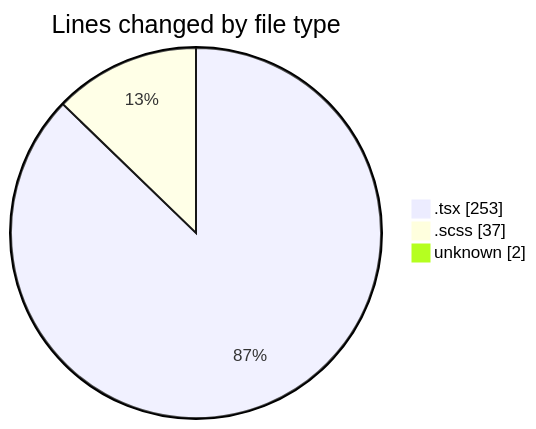
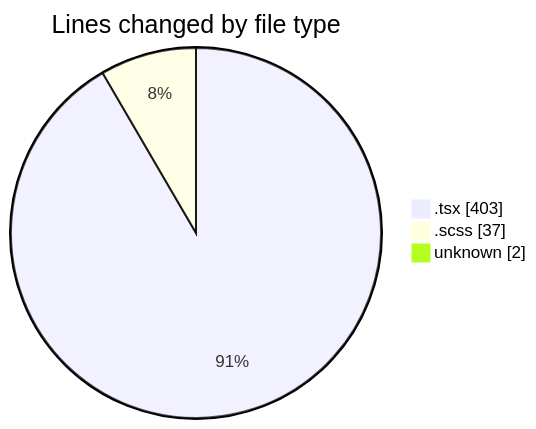
One commit to momahboobian/code-tracking changed the first of 2 diagrams in 2025-02-13/cda/README.md. Above: the diagram before and after it, drawn with Mermaid. The commit also changed other lines of this file and 1 other file, not shown here.

````diff
--- a/2025-02-13/cda/README.md
+++ b/2025-02-13/cda/README.md
@@ -27,7 +28,7 @@
 ```mermaid
 pie showData
 title Lines changed by file type
-".tsx" : 253
+".tsx" : 403
 ".scss" : 37
 "unknown" : 2
 ```
````
